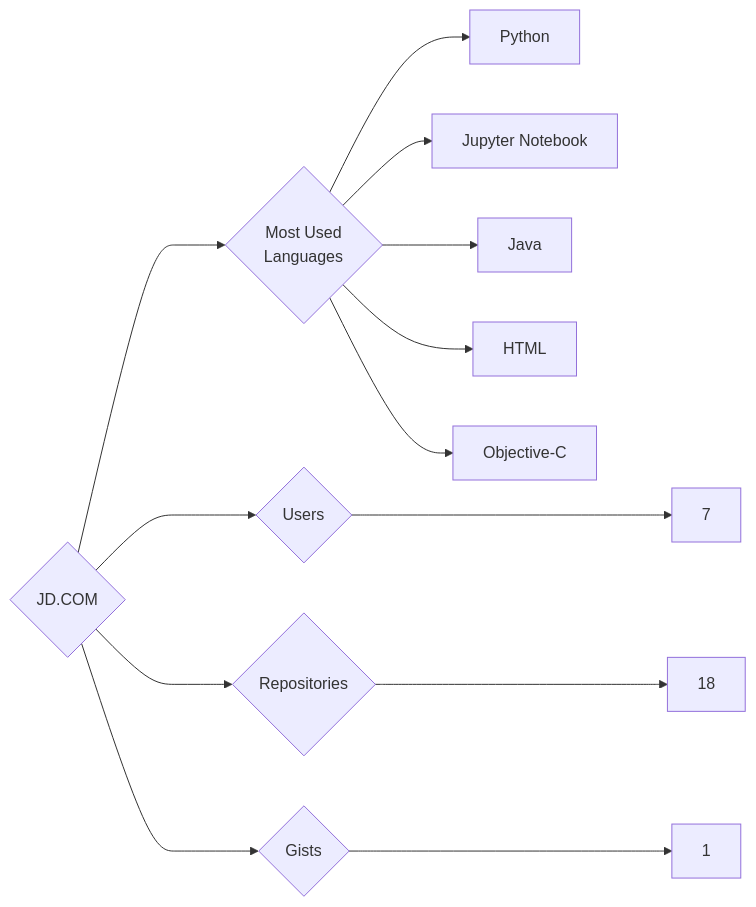
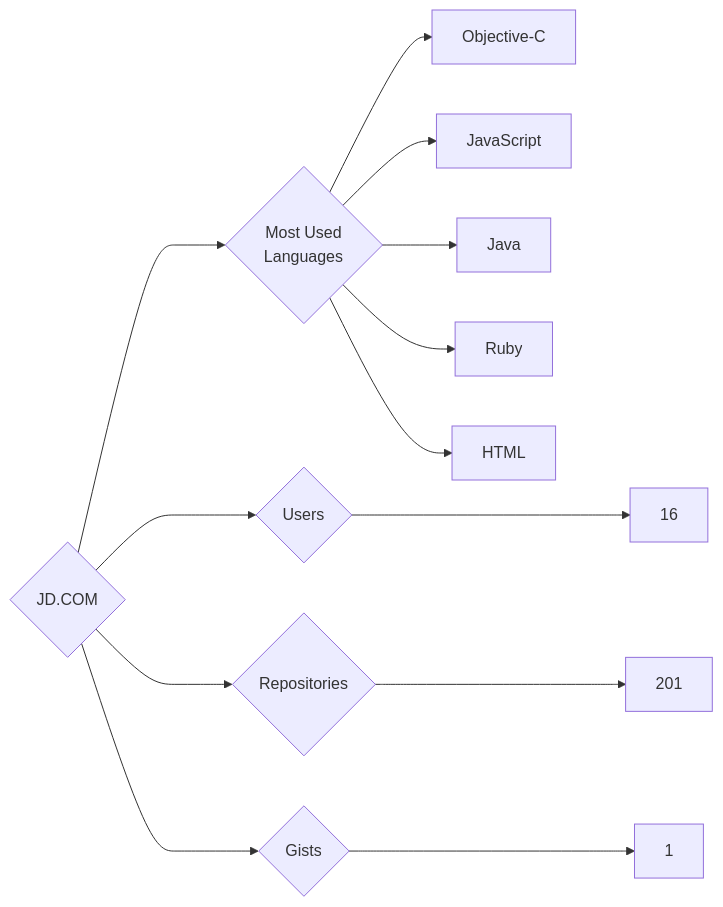
One commit to trickest/insiders changed the diagram in targets/JD.COM/README.md. Above: the diagram before and after it, drawn with Mermaid. The commit also changed 1314 other files, not shown here.

````diff
--- a/targets/JD.COM/README.md
+++ b/targets/JD.COM/README.md
@@ -3,13 +3,13 @@
 ```mermaid
 graph LR
 COMPANY_NAME{JD.COM}
-COMPANY_NAME ---> U{Users} ---> UN[7]
-COMPANY_NAME ---> R{Repositories} ---> RN[18]
+COMPANY_NAME ---> U{Users} ---> UN[16]
+COMPANY_NAME ---> R{Repositories} ---> RN[201]
 COMPANY_NAME ---> G{Gists} ---> GN[1]
 COMPANY_NAME ---> ML{Most Used<br>Languages}
-ML --> Python[Python]
-ML --> Jupyter_Notebook[Jupyter Notebook]
+ML --> Objective-C[Objective-C]
+ML --> JavaScript[JavaScript]
 ML --> Java[Java]
+ML --> Ruby[Ruby]
 ML --> HTML[HTML]
-ML --> Objective-C[Objective-C]
 ```
````
